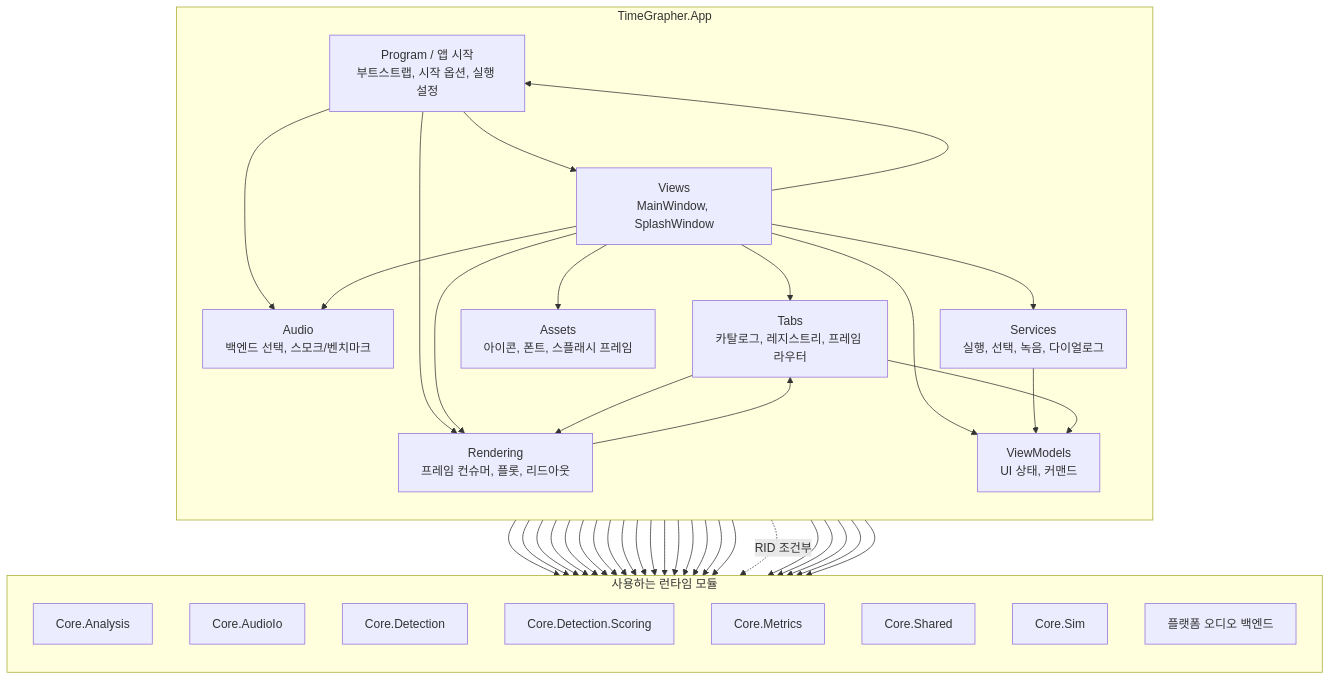
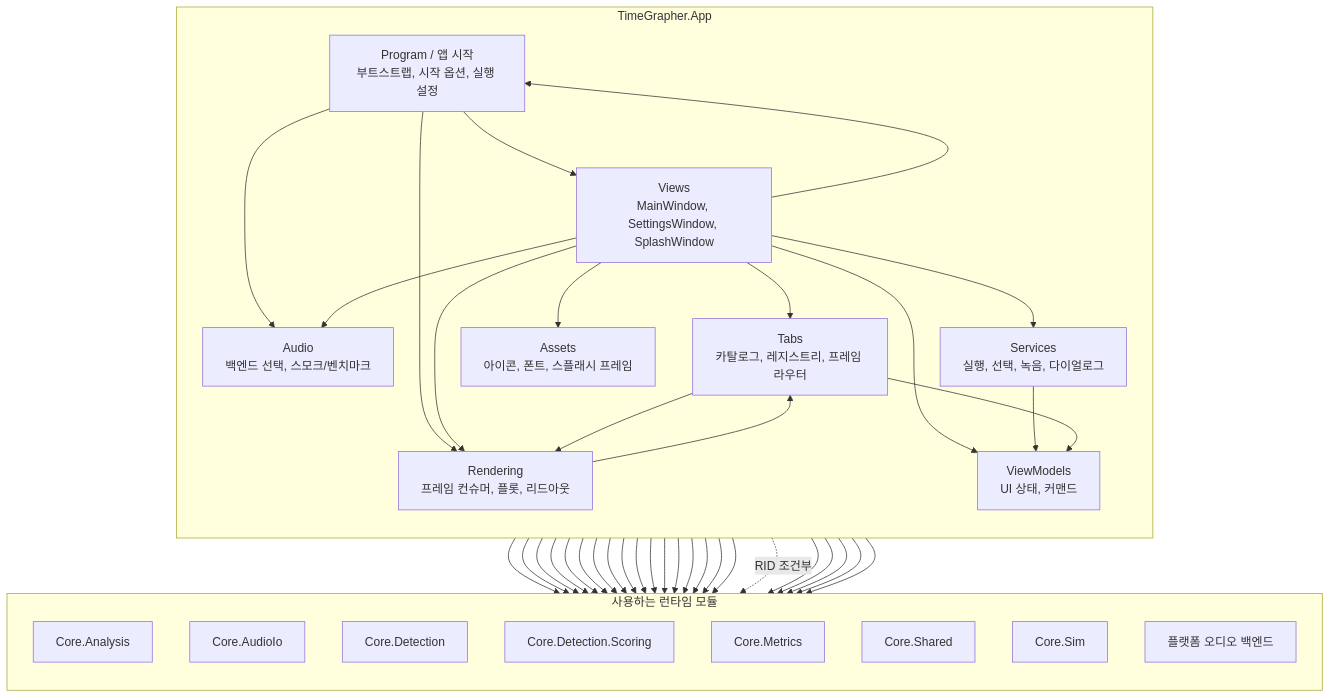
Before and after one commit to Jae-hong-5/TimeGrapher-Net: the second of 3 diagrams in docs/architecture/MODULE_USES_VIEW.md, drawn with Mermaid. The commit also changed 28 other files, not shown here.

````diff
--- a/docs/architecture/MODULE_USES_VIEW.md
+++ b/docs/architecture/MODULE_USES_VIEW.md
@@ -94,70 +94,70 @@
 ```mermaid
 flowchart TB
     subgraph App["TimeGrapher.App"]
         direction TB
         Program["Program / 앱 시작<br/>부트스트랩, 시작 옵션, 실행 설정"]
-        Views["Views<br/>MainWindow, SplashWindow"]
+        Views["Views<br/>MainWindow, SettingsWindow, SplashWindow"]
         ViewModels["ViewModels<br/>UI 상태, 커맨드"]
         Services["Services<br/>실행, 선택, 녹음, 다이얼로그"]
         Audio["Audio<br/>백엔드 선택, 스모크/벤치마크"]
         Tabs["Tabs<br/>카탈로그, 레지스트리, 프레임 라우터"]
         Rendering["Rendering<br/>프레임 컨슈머, 플롯, 리드아웃"]
         Assets["Assets<br/>아이콘, 폰트, 스플래시 프레임"]
     end
 
     subgraph UsedRuntime["사용하는 런타임 모듈"]
         direction TB
         CoreAnalysis["Core.Analysis"]
         CoreAudioIo["Core.AudioIo"]
         CoreDetection["Core.Detection"]
         CoreScoring["Core.Detection.Scoring"]
         CoreMetrics["Core.Metrics"]
         CoreShared["Core.Shared"]
         CoreSim["Core.Sim"]
         PlatformAudio["플랫폼 오디오 백엔드"]
     end
 
     Program --> Views
     Program --> Audio
     Program --> Rendering
     Program --> CoreAnalysis
     Program --> CoreAudioIo
     Program --> CoreScoring
     Program --> CoreShared
 
     Views --> Program
     Views --> ViewModels
     Views --> Services
     Views --> Audio
     Views --> Tabs
     Views --> Rendering
     Views --> CoreAudioIo
     Views --> CoreDetection
     Views --> CoreShared
     Views --> CoreSim
     Views --> Assets
 
     ViewModels --> CoreShared
 
     Services --> ViewModels
     Services --> CoreAnalysis
     Services --> CoreAudioIo
     Services --> CoreMetrics
     Services --> CoreShared
 
     Audio --> CoreAnalysis
     Audio --> CoreAudioIo
     Audio --> CoreShared
     Audio --> CoreSim
     Audio -. "RID 조건부" .-> PlatformAudio
 
     Tabs --> ViewModels
     Tabs --> Rendering
     Tabs --> CoreAnalysis
     Tabs --> CoreShared
 
     Rendering --> Tabs
     Rendering --> CoreAnalysis
     Rendering --> CoreMetrics
     Rendering --> CoreShared
 ```
````
